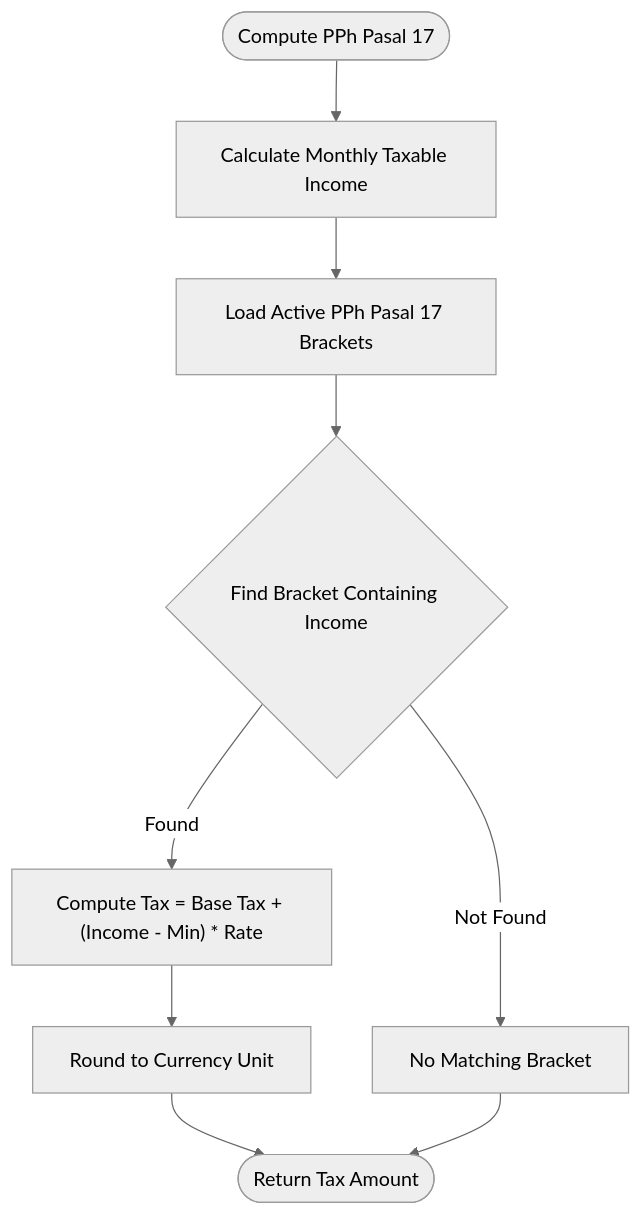
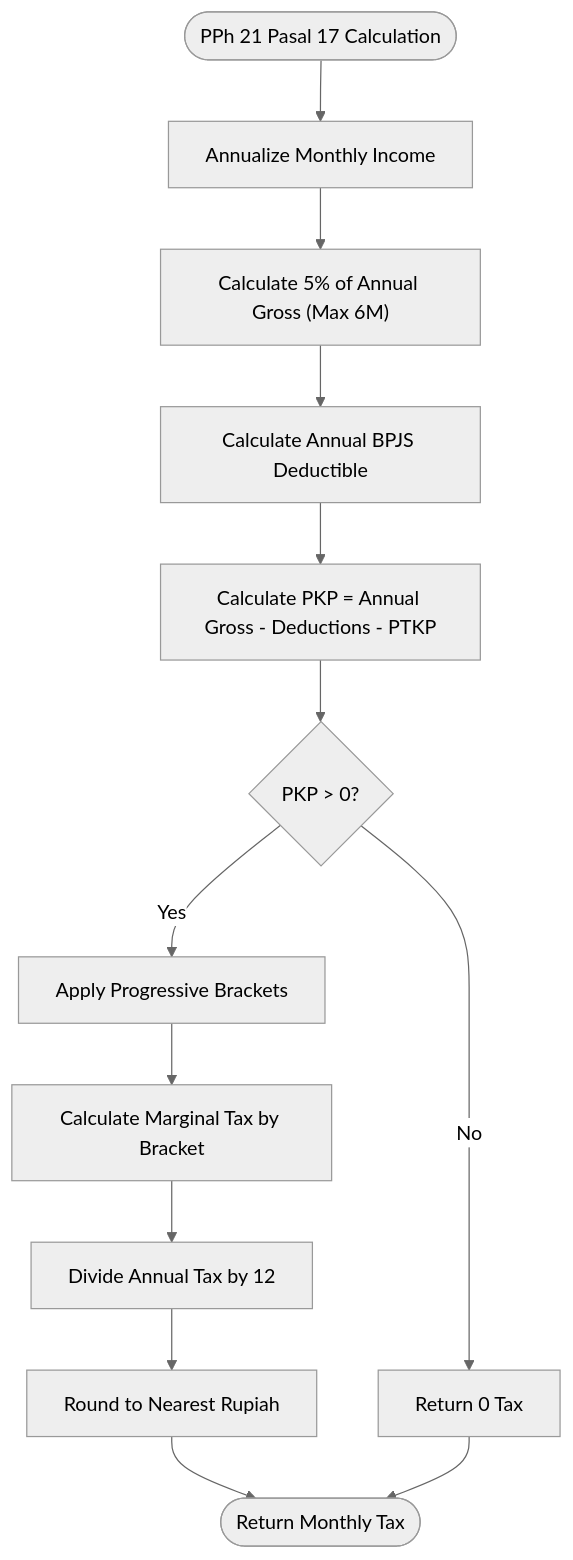
The third of 7 diagrams in .qoder/repowiki/en/content/Tax Compliance.md (bikinaplikasipakeqoder-dot/payroll-hris), drawn with Mermaid (neutral theme) before and after one commit. The commit also changed other lines of this file and 22 other files, not shown here.

````diff
--- a/.qoder/repowiki/en/content/Tax Compliance.md
+++ b/.qoder/repowiki/en/content/Tax Compliance.md
@@ -151,11 +183,15 @@
 ```mermaid
 flowchart TD
-Start(["Compute PPh Pasal 17"]) --> Income["Calculate Monthly Taxable Income"]
-Income --> LoadBrackets["Load Active PPh Pasal 17 Brackets"]
-LoadBrackets --> FindBracket{"Find Bracket Containing Income"}
-FindBracket --> |Not Found| Error["No Matching Bracket"]
-FindBracket --> |Found| Calc["Compute Tax = Base Tax + (Income - Min) * Rate"]
-Calc --> Round["Round to Currency Unit"]
-Round --> End(["Return Tax Amount"])
-Error --> End
+Start(["PPh 21 Pasal 17 Calculation"]) --> Annualize["Annualize Monthly Income"]
+Annualize --> BiayaJabatan["Calculate 5% of Annual Gross (Max 6M)"]
+BiayaJabatan --> BPJSDeductible["Calculate Annual BPJS Deductible"]
+BPJSDeductible --> PKPCalc["Calculate PKP = Annual Gross - Deductions - PTKP"]
+PKPCalc --> CheckPKP{"PKP > 0?"}
+CheckPKP --> |No| ZeroTax["Return 0 Tax"]
+CheckPKP --> |Yes| ApplyBrackets["Apply Progressive Brackets"]
+ApplyBrackets --> TaxCalc["Calculate Marginal Tax by Bracket"]
+TaxCalc --> MonthlyDivide["Divide Annual Tax by 12"]
+MonthlyDivide --> Round["Round to Nearest Rupiah"]
+Round --> End(["Return Monthly Tax"])
+ZeroTax --> End
 ```
````
